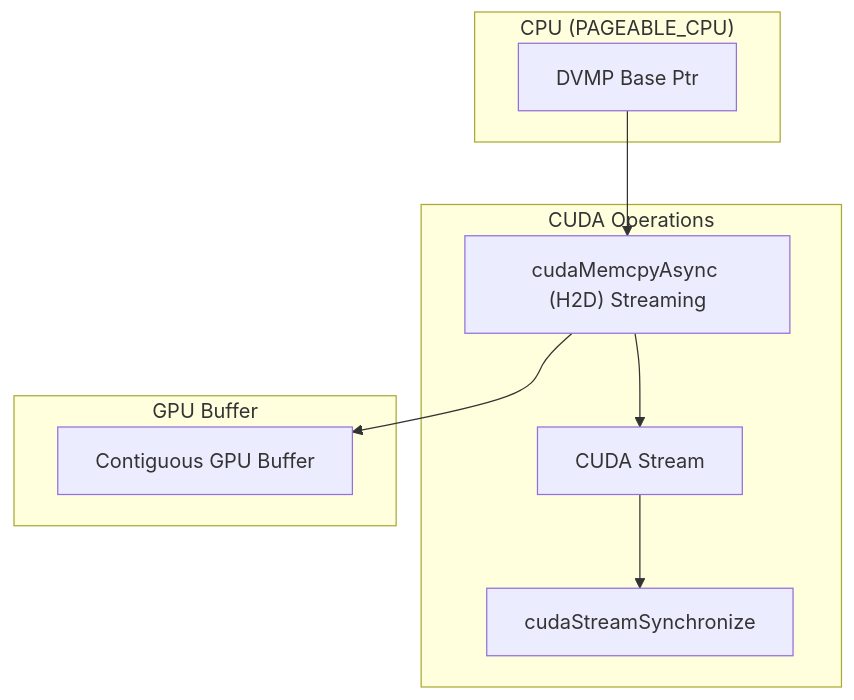
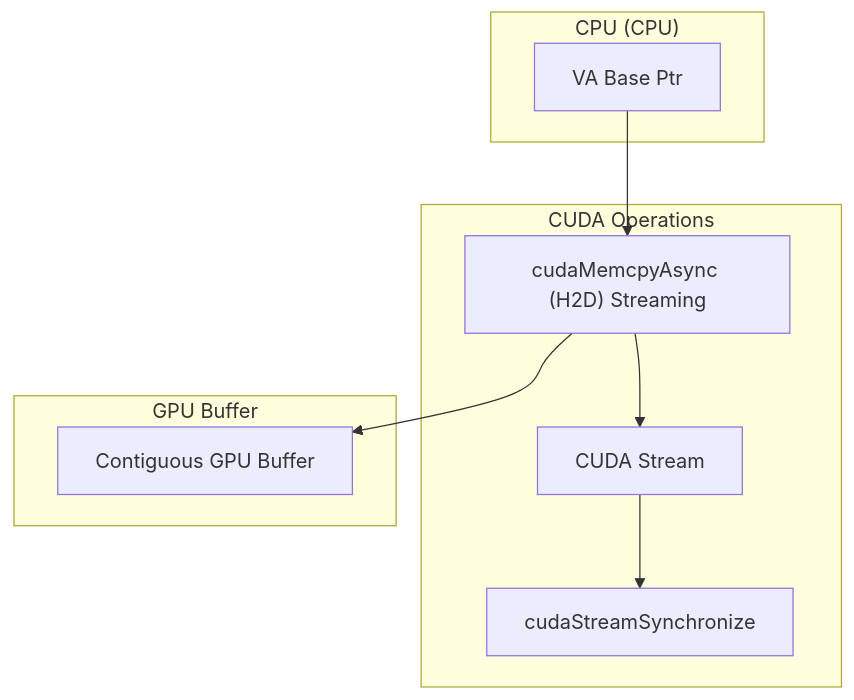
One commit to tensorcast-ai/tensorcast changed the seventh of 13 diagrams in core/store/docs/architecture.md. Above: the diagram before and after it, drawn with Mermaid. The commit also changed other lines of this file and 155 other files, not shown here.

````diff
--- a/core/store/docs/architecture.md
+++ b/core/store/docs/architecture.md
@@ -351,21 +347,21 @@
 ```mermaid
 graph TB
-    subgraph "CPU (PAGEABLE_CPU)"
-        VA[DVMP Base Ptr]
+    subgraph "CPU (CPU)"
+        VA[VA Base Ptr]
     end
 
     subgraph "CUDA Operations"
         Stream[CUDA Stream]
         Copy["cudaMemcpyAsync (H2D) Streaming"]
         Sync[cudaStreamSynchronize]
     end
 
     subgraph "GPU Buffer"
         GPU[Contiguous GPU Buffer]
     end
 
     VA --> Copy
     Copy --> GPU
     Copy --> Stream
     Stream --> Sync
 ```
````
